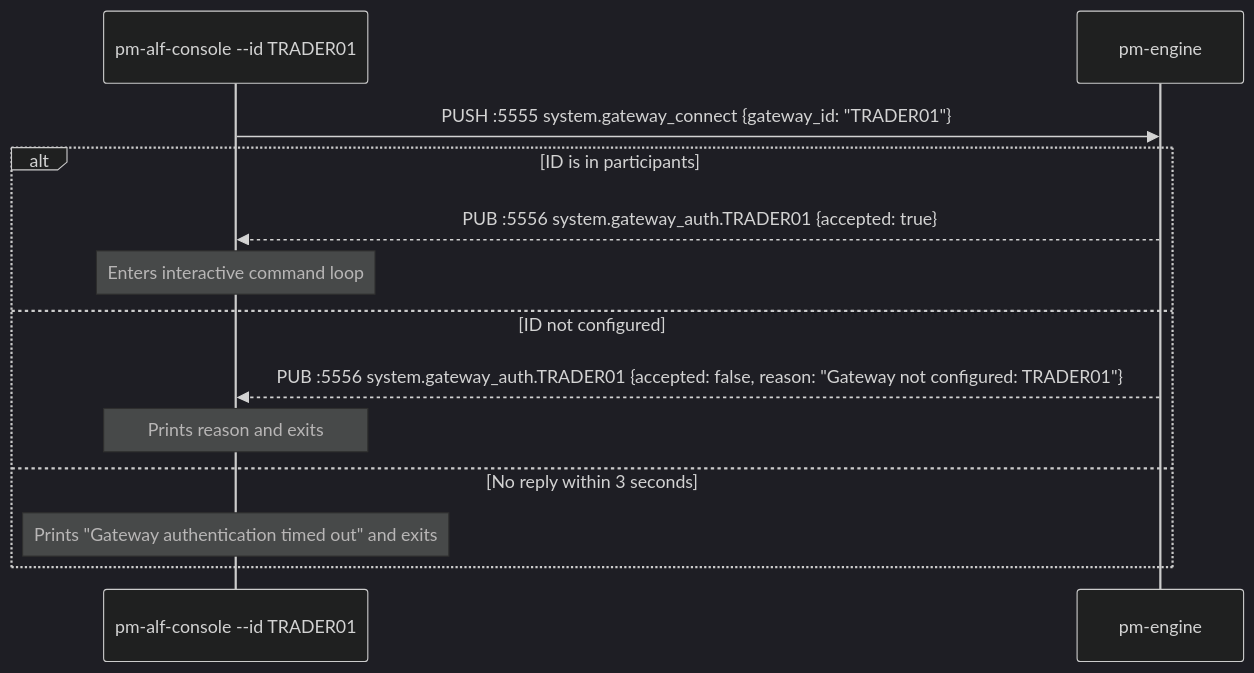
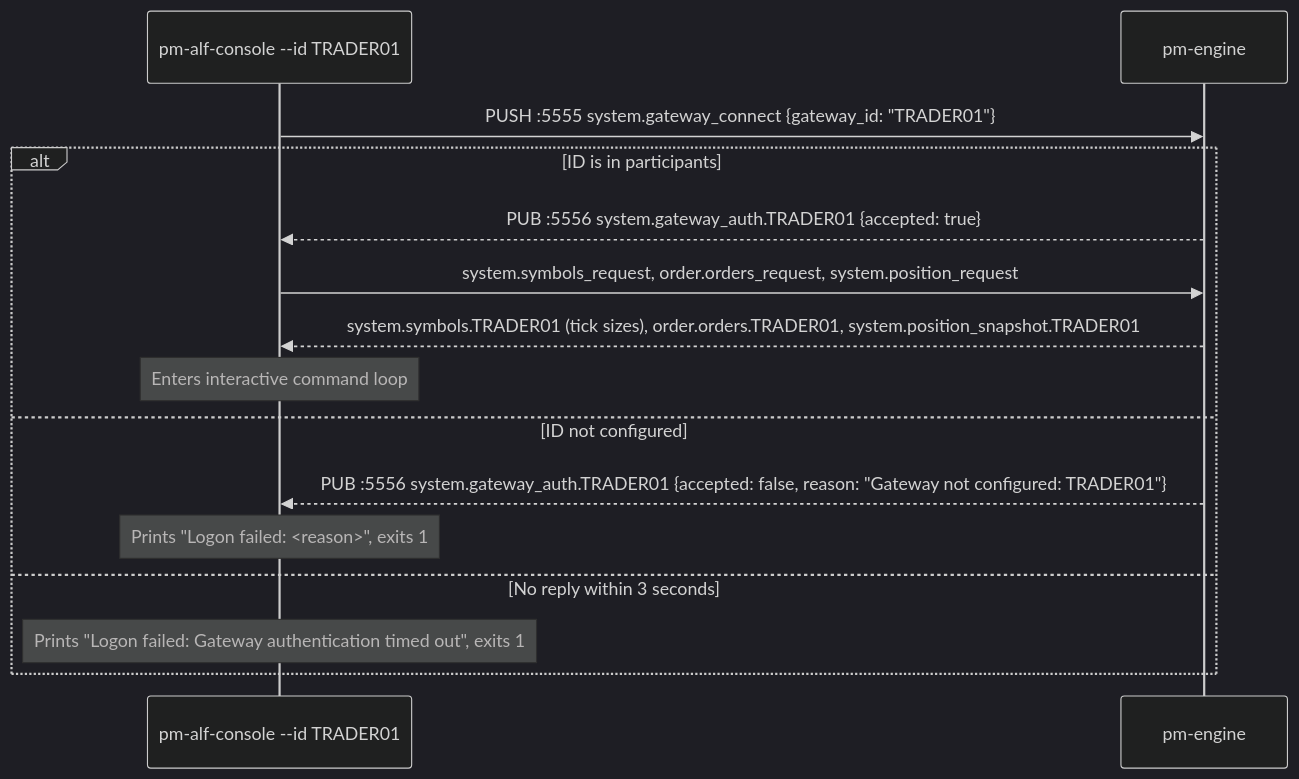
Before and after one commit to johan162/EduMatcher: the third of 5 diagrams in docs/books/participant-guide/part-2-orders/010-the-trader-console.md, drawn with Mermaid (dark theme). The commit also changed other lines of this file and 36 other files, not shown here.

Commit message:
fix(pm-alf-console): own events only, no crash on typos, no silent loss, correct tick sizes

````diff
--- a/docs/books/participant-guide/part-2-orders/010-the-trader-console.md
+++ b/docs/books/participant-guide/part-2-orders/010-the-trader-console.md
@@ -188,16 +202,18 @@
 ```mermaid
 sequenceDiagram
     participant GW as pm-alf-console --id TRADER01
     participant ENG as pm-engine
 
     GW->>ENG: PUSH :5555  system.gateway_connect {gateway_id: "TRADER01"}
     alt ID is in participants
         ENG-->>GW: PUB :5556  system.gateway_auth.TRADER01 {accepted: true}
+        GW->>ENG: system.symbols_request, order.orders_request, system.position_request
+        ENG-->>GW: system.symbols.TRADER01 (tick sizes), order.orders.TRADER01, system.position_snapshot.TRADER01
         Note over GW: Enters interactive command loop
     else ID not configured
         ENG-->>GW: PUB :5556  system.gateway_auth.TRADER01 {accepted: false, reason: "Gateway not configured: TRADER01"}
-        Note over GW: Prints reason and exits
+        Note over GW: Prints "Logon failed: <reason>", exits 1
     else No reply within 3 seconds
-        Note over GW: Prints "Gateway authentication timed out" and exits
+        Note over GW: Prints "Logon failed: Gateway authentication timed out", exits 1
     end
 ```
````
